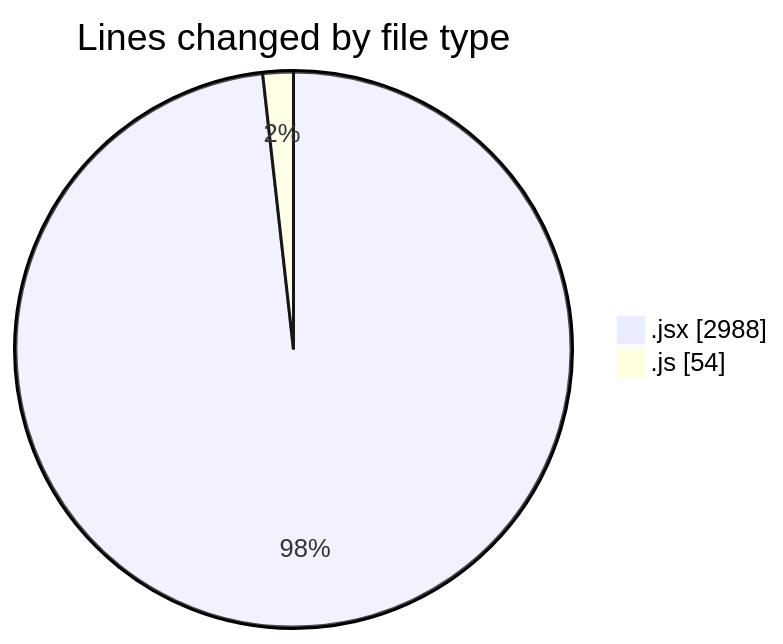
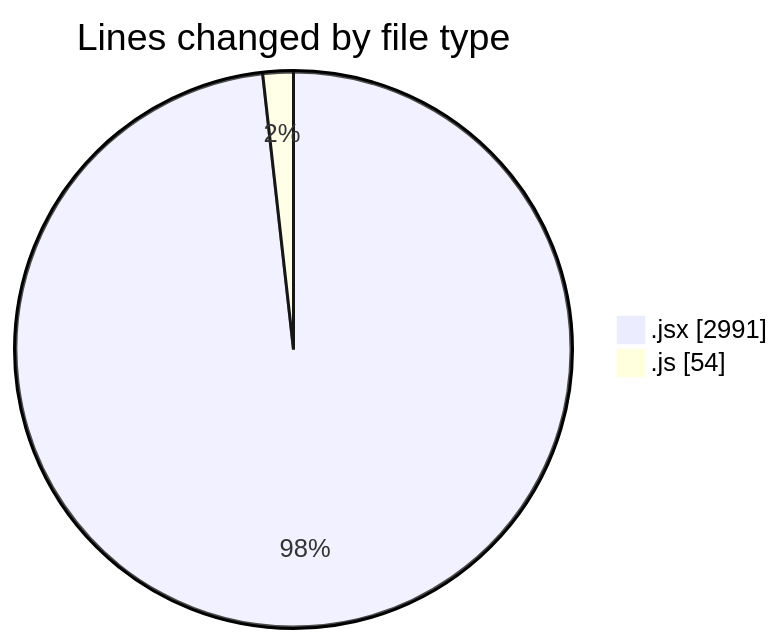
Before and after one commit to nxtqubesakshisongat/code-tracking: the first of 2 diagrams in 2025-06-25/nxtqube_webapp/README.md, drawn with Mermaid. The commit also changed other lines of this file and 1 other file, not shown here.

````diff
--- a/2025-06-25/nxtqube_webapp/README.md
+++ b/2025-06-25/nxtqube_webapp/README.md
@@ -24,6 +24,6 @@
 ```mermaid
 pie showData
 title Lines changed by file type
-".jsx" : 2988
+".jsx" : 2991
 ".js" : 54
 ```
````
